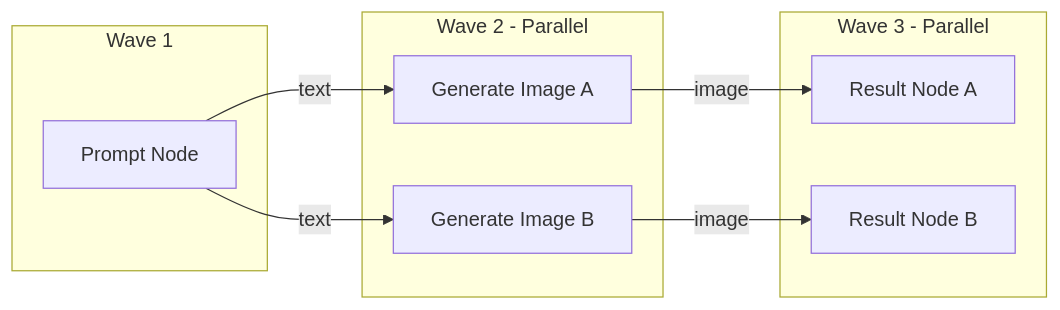
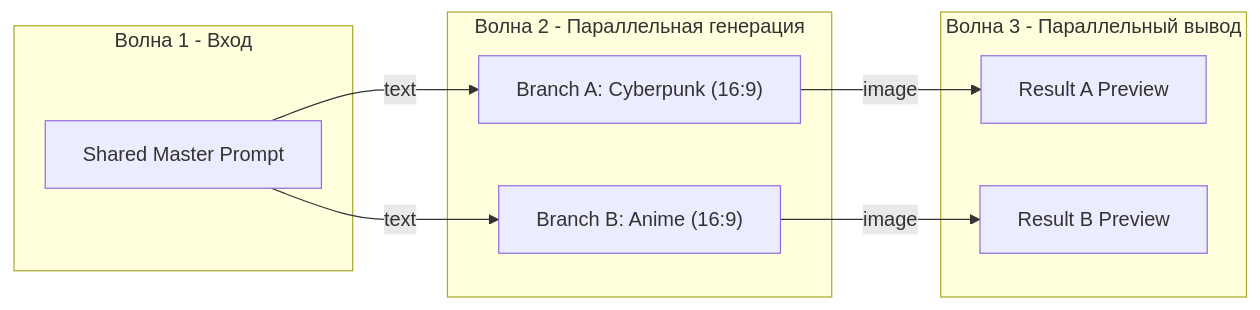
One commit to Boolick/Snapbuild-test changed the diagram in README.md. Above: the diagram before and after it, drawn with Mermaid. The commit also changed other lines of this file and 5 other files, not shown here.

````diff
--- a/README.md
+++ b/README.md
@@ -177,19 +283,19 @@
 ```mermaid
 flowchart LR
-    subgraph Wave1 [Wave 1]
-        P[Prompt Node]
+    subgraph Wave1 [Волна 1 - Вход]
+        P[Shared Master Prompt]
     end
-    subgraph Wave2 [Wave 2 - Parallel]
-        GA[Generate Image A]
-        GB[Generate Image B]
+    subgraph Wave2 [Волна 2 - Параллельная генерация]
+        GA["Branch A: Cyberpunk (16:9)"]
+        GB["Branch B: Anime (16:9)"]
     end
-    subgraph Wave3 [Wave 3 - Parallel]
-        RA[Result Node A]
-        RB[Result Node B]
+    subgraph Wave3 [Волна 3 - Параллельный вывод]
+        RA[Result A Preview]
+        RB[Result B Preview]
     end
 
     P -->|text| GA
     P -->|text| GB
     GA -->|image| RA
     GB -->|image| RB
 ```
````
